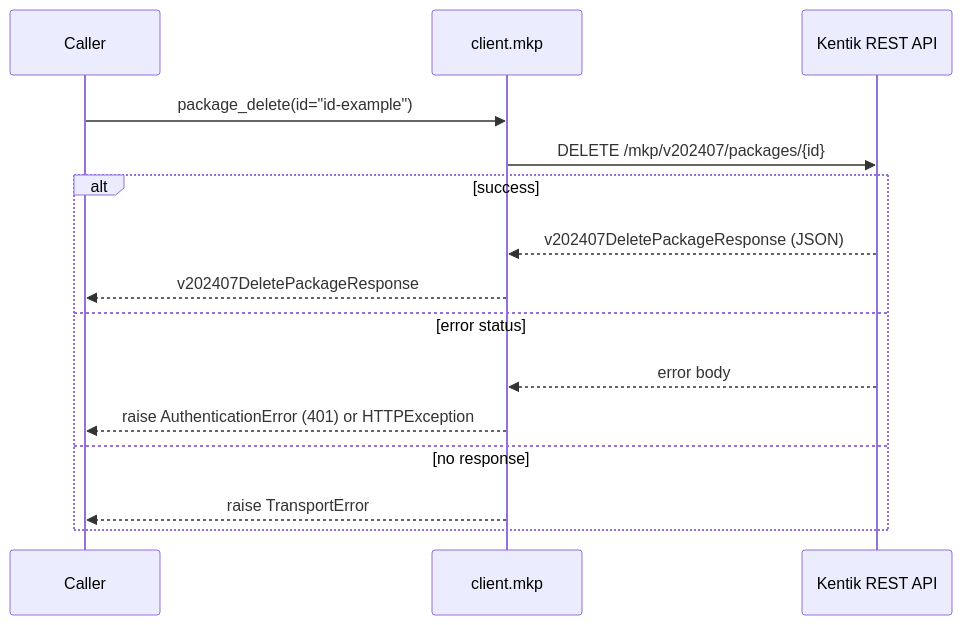
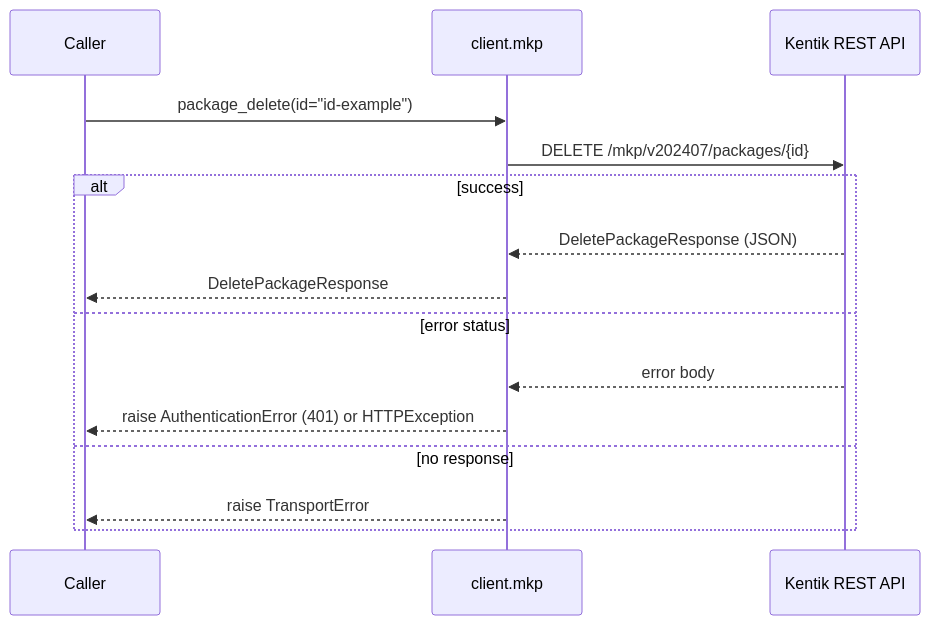
One commit to alexdearaujo/community_sdk_python changed the tenth of 30 diagrams in docs/sphinx/services/mkp.md. Above: the diagram before and after it, drawn with Mermaid. The commit also changed other lines of this file and 38 other files, not shown here.

````diff
--- a/docs/sphinx/services/mkp.md
+++ b/docs/sphinx/services/mkp.md
@@ -338,18 +338,18 @@
 ```mermaid
 sequenceDiagram
     participant C as Caller
     participant W as client.mkp
     participant API as Kentik REST API
 
     C->>W: package_delete(id="id-example")
     W->>API: DELETE /mkp/v202407/packages/{id}
     alt success
-        API-->>W: v202407DeletePackageResponse (JSON)
-        W-->>C: v202407DeletePackageResponse
+        API-->>W: DeletePackageResponse (JSON)
+        W-->>C: DeletePackageResponse
     else error status
         API-->>W: error body
         W-->>C: raise AuthenticationError (401) or HTTPException
     else no response
         W-->>C: raise TransportError
     end
 ```
````
